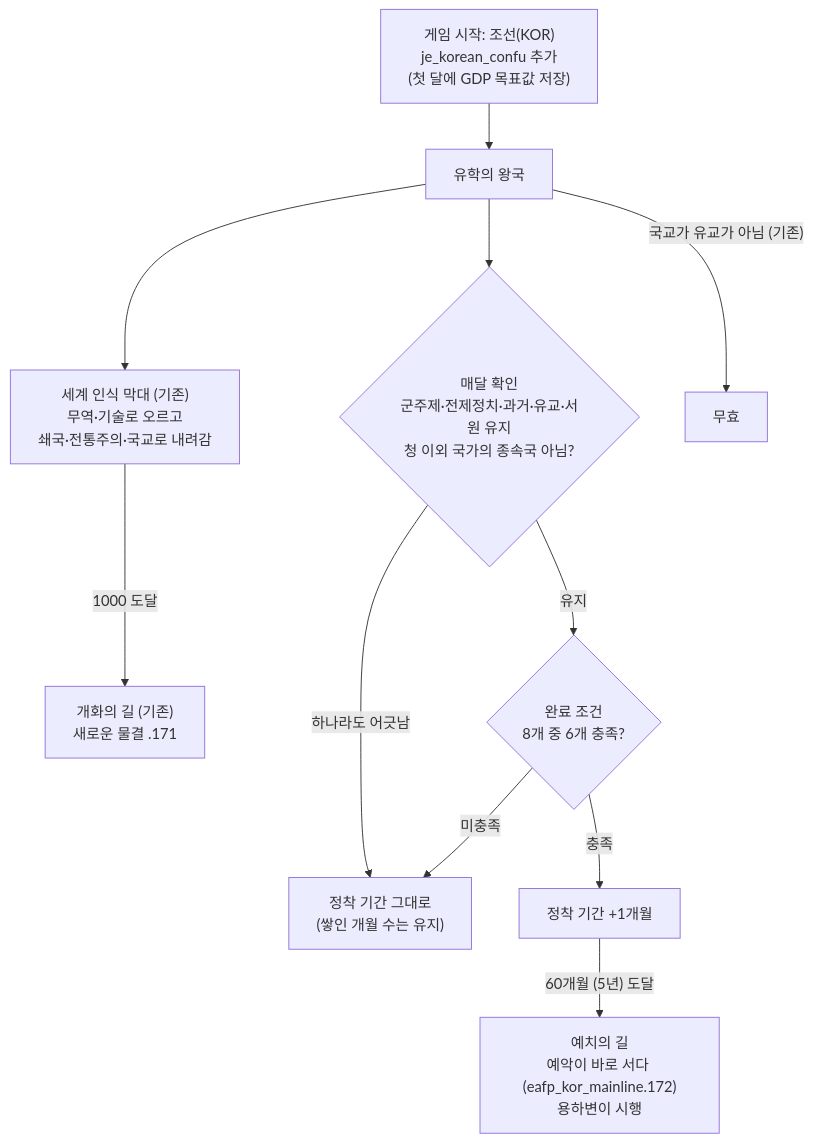
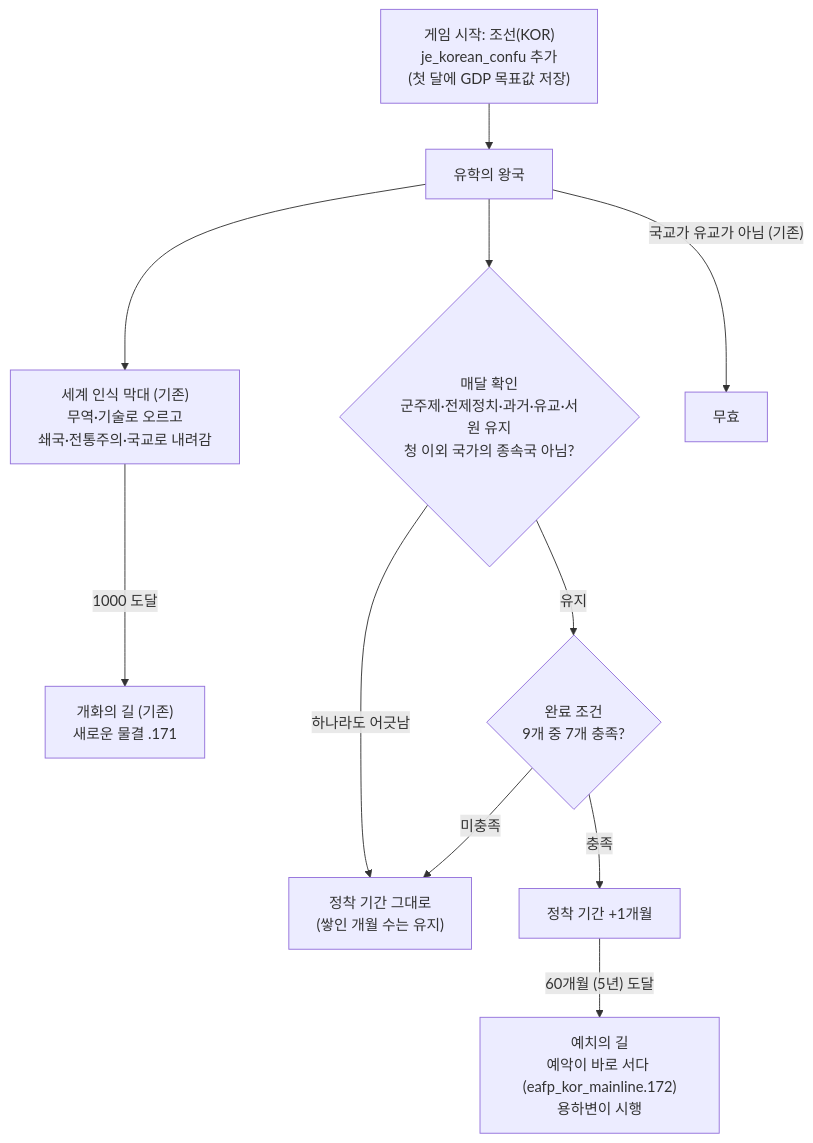
Before and after one commit to East-Asia-Flavor-Pack/East-Asia-Flavor-Pack: the diagram in docs/joseon_confucian_absolutism.md, drawn with Mermaid. The commit also changed other lines of this file and 16 other files, not shown here.

````diff
--- a/docs/joseon_confucian_absolutism.md
+++ b/docs/joseon_confucian_absolutism.md
@@ -78,13 +78,13 @@
 ```mermaid
 flowchart TD
     START["게임 시작: 조선(KOR)<br/>je_korean_confu 추가<br/>(첫 달에 GDP 목표값 저장)"] --> JE["유학의 왕국"]
     JE --> BAR["세계 인식 막대 (기존)<br/>무역·기술로 오르고<br/>쇄국·전통주의·국교로 내려감"]
     BAR -- "1000 도달" --> OPEN["개화의 길 (기존)<br/>새로운 물결 .171"]
     JE --> PILLAR{"매달 확인<br/>군주제·전제정치·과거·유교·서원 유지<br/>청 이외 국가의 종속국 아님?"}
     PILLAR -- "하나라도 어긋남" --> S["정착 기간 그대로<br/>(쌓인 개월 수는 유지)"]
-    PILLAR -- "유지" --> COND{"완료 조건<br/>8개 중 6개 충족?"}
+    PILLAR -- "유지" --> COND{"완료 조건<br/>9개 중 7개 충족?"}
     COND -- "충족" --> M["정착 기간 +1개월"]
     COND -- "미충족" --> S
     M -- "60개월 (5년) 도달" --> WIN["예치의 길<br/>예악이 바로 서다 (eafp_kor_mainline.172)<br/>용하변이 시행"]
     JE -- "국교가 유교가 아님 (기존)" --> INV["무효"]
 ```
````
